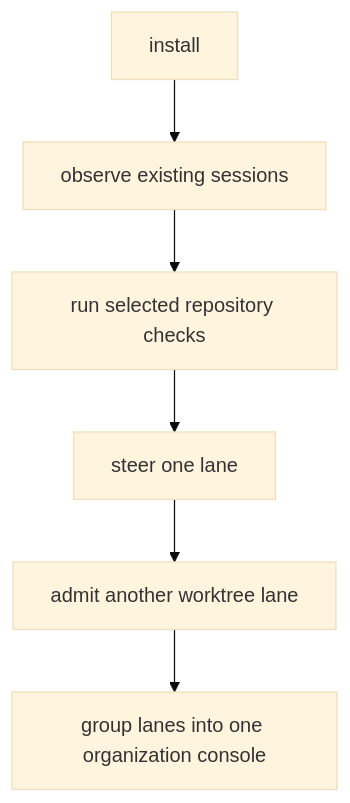
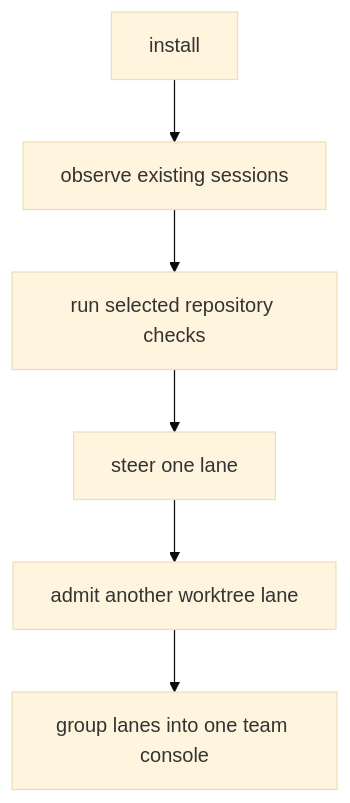
The second of 6 diagrams in docs/product/model/failures.md (infimalabs/spice-rust), drawn with Mermaid (base theme) before and after one commit. The commit also changed other lines of this file and 235 other files, not shown here.

````diff
--- a/docs/product/model/failures.md
+++ b/docs/product/model/failures.md
@@ -74,8 +74,8 @@
 ```mermaid
 flowchart TD
   A["install"] --> B["observe existing sessions"]
   B --> C["run selected repository checks"]
   C --> D["steer one lane"]
   D --> E["admit another worktree lane"]
-  E --> F["group lanes into one organization console"]
+  E --> F["group lanes into one team console"]
 ```
````
